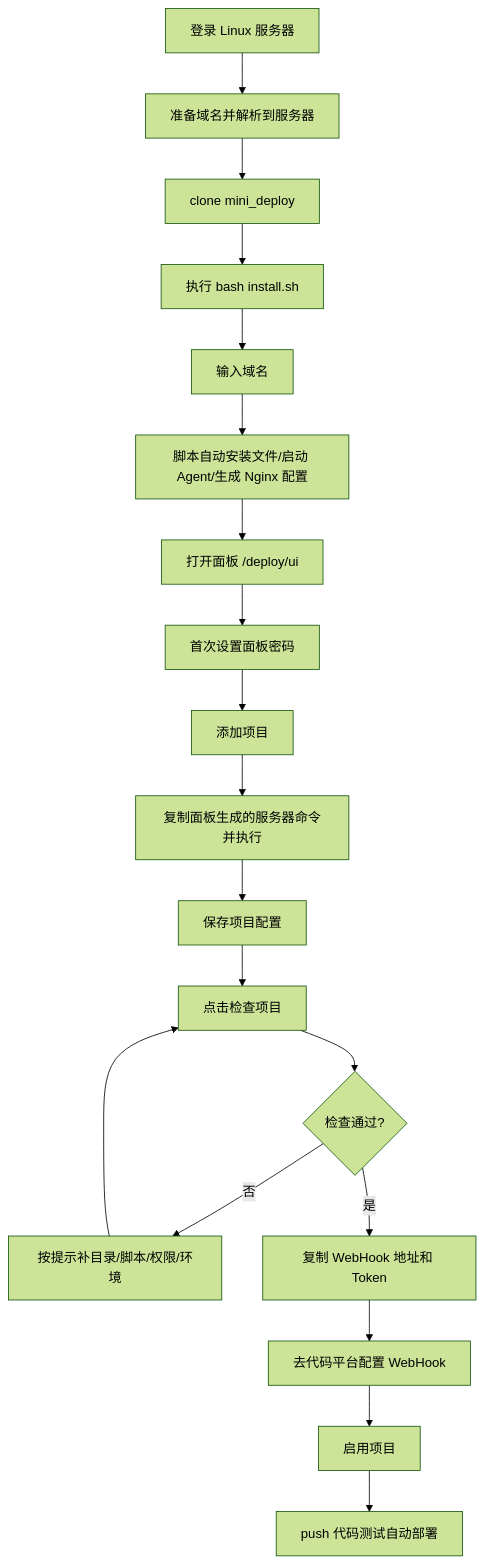
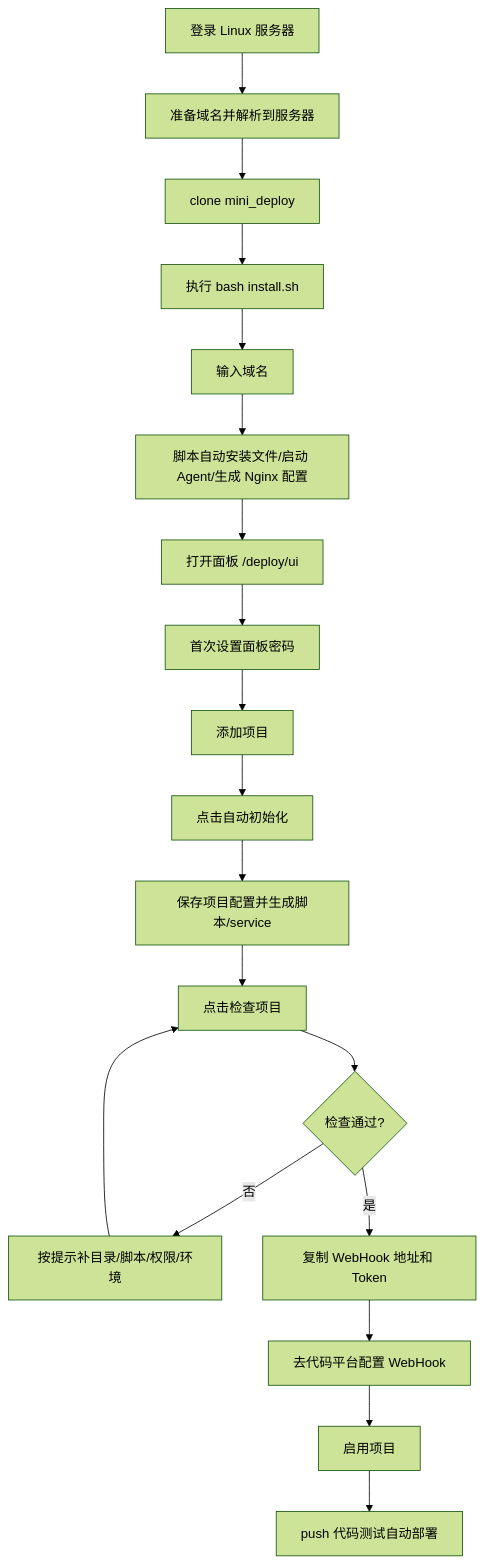
The second of 7 diagrams in docs/BEGINNER_DEPLOY_FLOW.zh-CN.md (jokerXueC/mini_deploy), drawn with Mermaid (forest theme) before and after one commit. The commit also changed other lines of this file and 9 other files, not shown here.

````diff
--- a/docs/BEGINNER_DEPLOY_FLOW.zh-CN.md
+++ b/docs/BEGINNER_DEPLOY_FLOW.zh-CN.md
@@ -93,21 +93,21 @@
 ```mermaid
 flowchart TD
     A[登录 Linux 服务器] --> B[准备域名并解析到服务器]
     B --> C[clone mini_deploy]
     C --> D[执行 bash install.sh]
     D --> E[输入域名]
     E --> F[脚本自动安装文件/启动 Agent/生成 Nginx 配置]
     F --> G[打开面板 /deploy/ui]
     G --> H[首次设置面板密码]
     H --> I[添加项目]
-    I --> J[复制面板生成的服务器命令并执行]
-    J --> K[保存项目配置]
+    I --> J[点击自动初始化]
+    J --> K[保存项目配置并生成脚本/service]
     K --> L[点击检查项目]
     L --> M{检查通过?}
     M -- 否 --> N[按提示补目录/脚本/权限/环境]
     N --> L
     M -- 是 --> O[复制 WebHook 地址和 Token]
     O --> P[去代码平台配置 WebHook]
     P --> Q[启用项目]
     Q --> R[push 代码测试自动部署]
 ```
````
